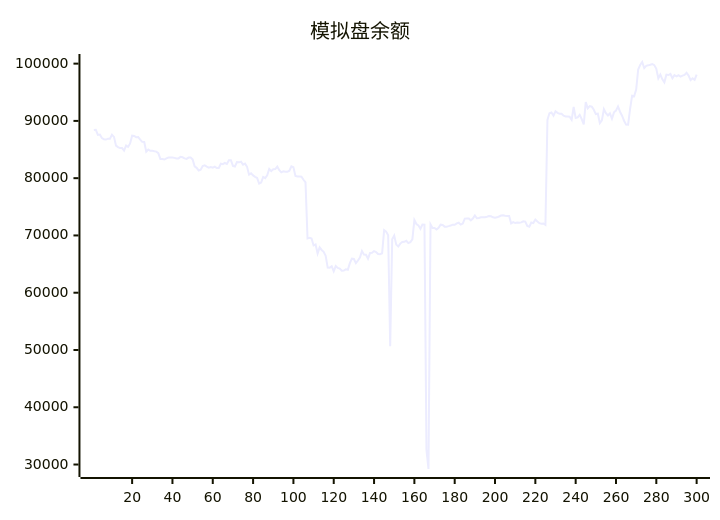
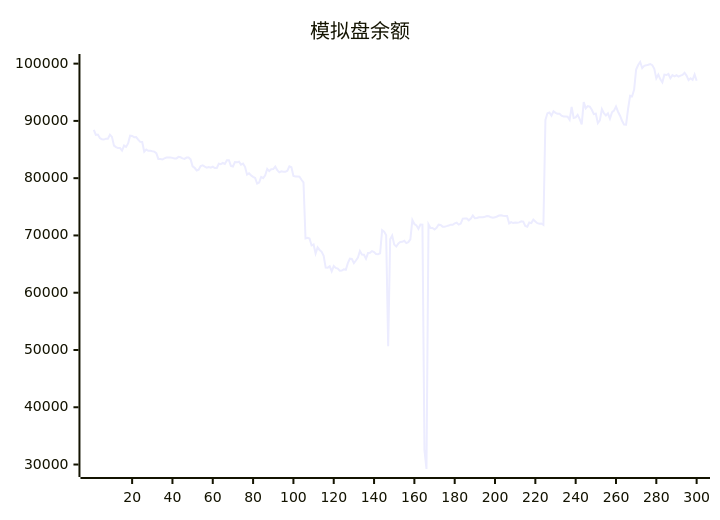
Before and after one commit to aahl/ai-trading: the diagram in README.md, drawn with Mermaid. The commit also changed other lines of this file and 1 other file, not shown here.

````diff
--- a/README.md
+++ b/README.md
@@ -5,5 +5,5 @@
 ```mermaid
 xychart
     title "模拟盘余额"
-    line [88401,88444,87543,87608,87000,86810,86740,86894,86884,87576,87209,85686,85435,85251,85255,84820,85689,85453,86066,87420,87373,87161,87178,86740,86341,86315,84643,85012,84772,84768,84690,84635,84376,83360,83357,83259,83474,83608,83606,83602,83548,83440,83454,83724,83644,83464,83365,83590,83592,83275,82072,81806,81344,81492,82109,82254,82006,81848,81955,81829,82022,81769,81776,82522,82441,82656,82498,83144,83144,82150,82038,82797,82763,82872,82367,82536,81981,80612,80862,80484,80242,80034,79063,79245,80226,80016,80507,81625,81233,81544,81578,82016,81401,81019,81186,81130,81118,81306,82066,81909,80392,80304,80291,80258,79729,79261,69466,69579,69456,68251,68415,66832,67911,67462,67144,66432,64380,64375,64606,63740,64647,64324,64216,63842,63877,64078,64008,65156,65945,65888,65157,65625,66144,67284,66653,66639,65924,66925,66956,67263,67108,66766,66729,66886,70927,70673,70049,50652,69334,69973,68400,68061,68578,68876,68879,69055,68662,68822,69329,72687,71999,71760,71162,71911,71896,32500,29218,71927,71297,71305,71044,71337,71883,71822,71536,71536,71622,71723,71880,71860,72100,72216,71887,72077,72940,72976,72966,72638,72948,73497,73004,73041,73173,73160,73186,73258,73375,73351,73173,73098,73161,73305,73474,73536,73457,73413,73412,72100,72333,72164,72272,72204,72285,72461,72421,71652,71521,72267,72157,72774,72424,72144,72060,72091,71858,90185,91338,91466,90900,91678,91404,91268,91244,90903,90779,90787,90721,90187,92429,90518,90619,91070,90328,89376,93286,92202,92581,92485,91947,91196,91259,89619,90086,92063,91355,90950,91327,90373,91498,91800,92531,91603,90910,90031,89351,89334,92097,94406,94315,95455,98972,99763,100286,99229,99622,99701,99805,99938,99738,99082,97430,98094,97267,96741,98081,98013,98194,97447,97983,97789,97969,97729,97911,98043,98405,97912,97120,97448,97154,98095]
+    line [88444,87543,87608,87000,86810,86740,86894,86884,87576,87209,85686,85435,85251,85255,84820,85689,85453,86066,87420,87373,87161,87178,86740,86341,86315,84643,85012,84772,84768,84690,84635,84376,83360,83357,83259,83474,83608,83606,83602,83548,83440,83454,83724,83644,83464,83365,83590,83592,83275,82072,81806,81344,81492,82109,82254,82006,81848,81955,81829,82022,81769,81776,82522,82441,82656,82498,83144,83144,82150,82038,82797,82763,82872,82367,82536,81981,80612,80862,80484,80242,80034,79063,79245,80226,80016,80507,81625,81233,81544,81578,82016,81401,81019,81186,81130,81118,81306,82066,81909,80392,80304,80291,80258,79729,79261,69466,69579,69456,68251,68415,66832,67911,67462,67144,66432,64380,64375,64606,63740,64647,64324,64216,63842,63877,64078,64008,65156,65945,65888,65157,65625,66144,67284,66653,66639,65924,66925,66956,67263,67108,66766,66729,66886,70927,70673,70049,50652,69334,69973,68400,68061,68578,68876,68879,69055,68662,68822,69329,72687,71999,71760,71162,71911,71896,32500,29218,71927,71297,71305,71044,71337,71883,71822,71536,71536,71622,71723,71880,71860,72100,72216,71887,72077,72940,72976,72966,72638,72948,73497,73004,73041,73173,73160,73186,73258,73375,73351,73173,73098,73161,73305,73474,73536,73457,73413,73412,72100,72333,72164,72272,72204,72285,72461,72421,71652,71521,72267,72157,72774,72424,72144,72060,72091,71858,90185,91338,91466,90900,91678,91404,91268,91244,90903,90779,90787,90721,90187,92429,90518,90619,91070,90328,89376,93286,92202,92581,92485,91947,91196,91259,89619,90086,92063,91355,90950,91327,90373,91498,91800,92531,91603,90910,90031,89351,89334,92097,94406,94315,95455,98972,99763,100286,99229,99622,99701,99805,99938,99738,99082,97430,98094,97267,96741,98081,98013,98194,97447,97983,97789,97969,97729,97911,98043,98405,97912,97120,97448,97154,98095,97021]
 ```
````
